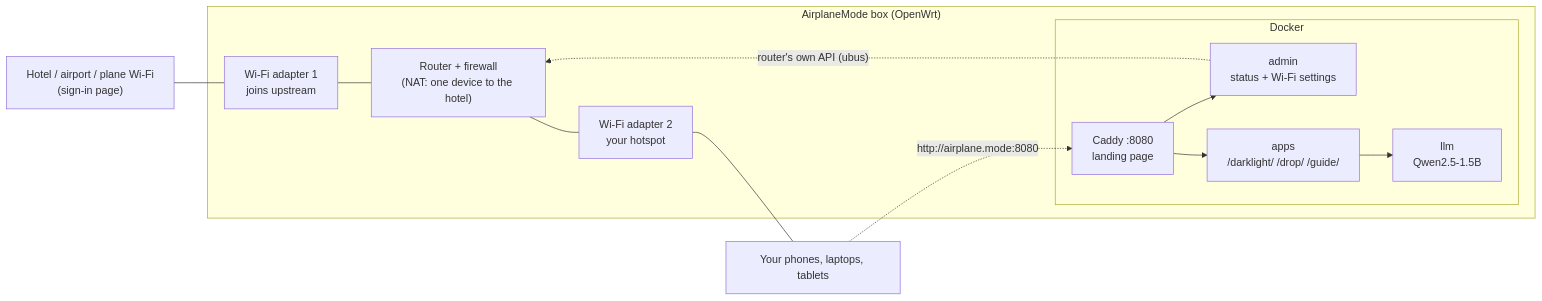
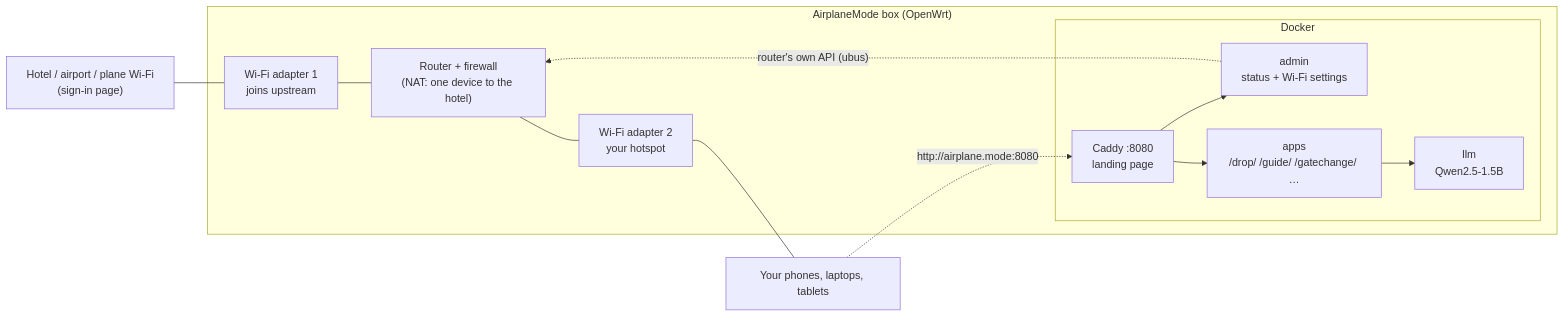
Before and after one commit to jessewolcott/airplanemode: the diagram in README.md, drawn with Mermaid. The commit also changed other lines of this file and 16 other files, not shown here.

````diff
--- a/README.md
+++ b/README.md
@@ -55,21 +59,21 @@
 ```mermaid
 flowchart LR
     hotel["Hotel / airport / plane Wi-Fi<br/>(sign-in page)"]
     subgraph box["AirplaneMode box (OpenWrt)"]
         sta["Wi-Fi adapter 1<br/>joins upstream"]
         nat["Router + firewall<br/>(NAT: one device to the hotel)"]
         ap["Wi-Fi adapter 2<br/>your hotspot"]
         subgraph docker["Docker"]
             caddy["Caddy :8080<br/>landing page"]
             admin["admin<br/>status + Wi-Fi settings"]
             llm["llm<br/>Qwen2.5-1.5B"]
-            apps["apps<br/>/darklight/ /drop/ /guide/"]
+            apps["apps<br/>/drop/ /guide/ /gatechange/ …"]
         end
     end
     devices["Your phones, laptops, tablets"]
     hotel --- sta --- nat --- ap --- devices
     devices -. "http://airplane.mode:8080" .-> caddy
     caddy --> admin & apps
     apps --> llm
     admin -. "router's own API (ubus)" .-> nat
 ```
````
